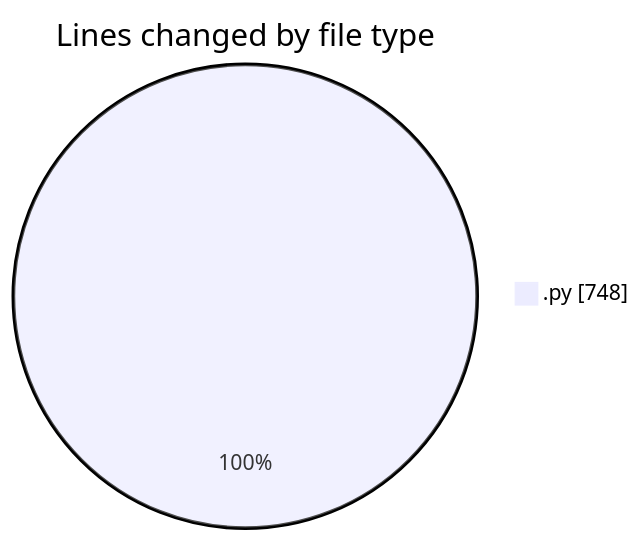
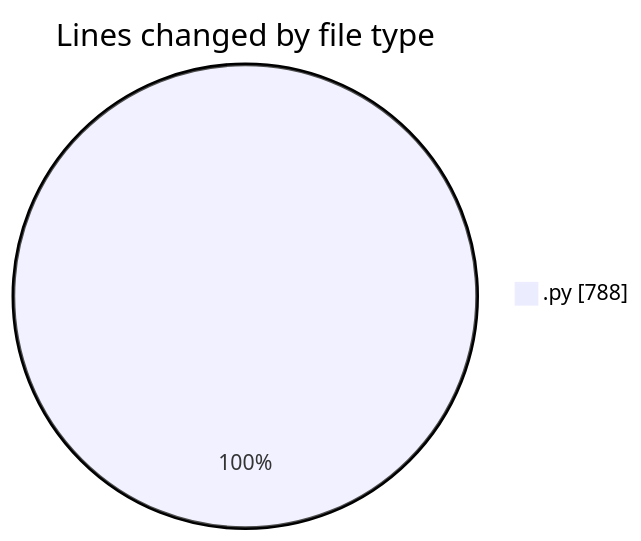
The first of 2 diagrams in 2025-04-24/synth_911data_gen/README.md (trdunsworth/code-tracking), drawn with Mermaid before and after one commit. The commit also changed other lines of this file and 1 other file, not shown here.

````diff
--- a/2025-04-24/synth_911data_gen/README.md
+++ b/2025-04-24/synth_911data_gen/README.md
@@ -21,5 +21,5 @@
 ```mermaid
 pie showData
 title Lines changed by file type
-".py" : 748
+".py" : 788
 ```
````
